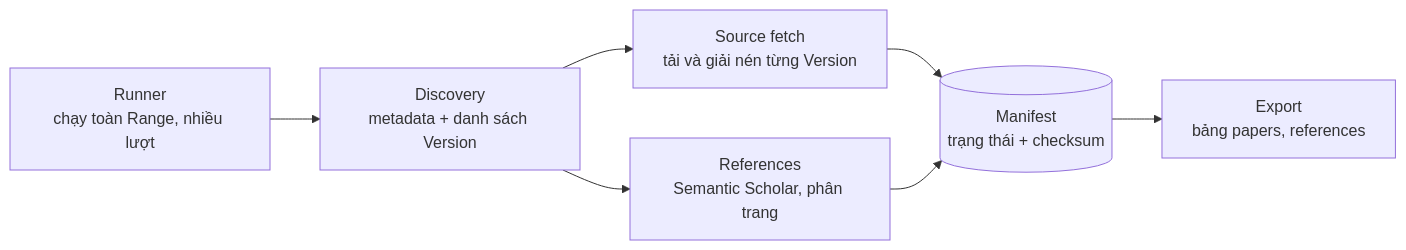
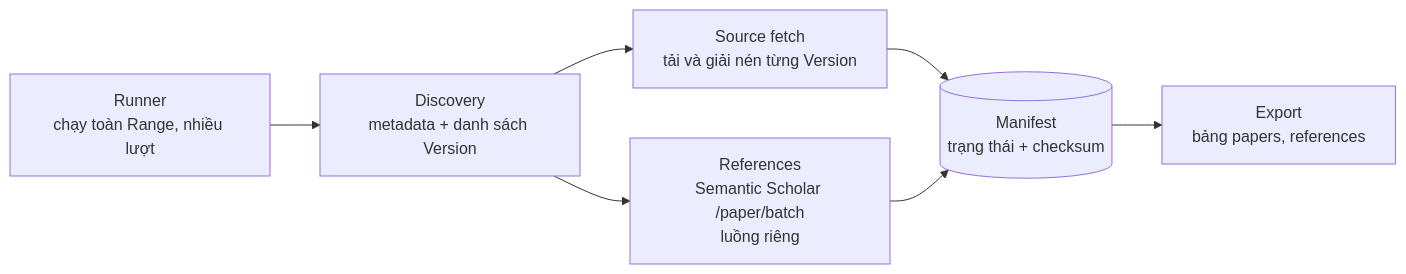
Before and after one commit to hcmus-arxiv-reference/Jupyter-Notebook-report-for-mile1: the diagram in m1/01-phuong-phap.md, drawn with Mermaid. The commit also changed other lines of this file and 1 other file, not shown here.

First line of the commit message:
docs(m1): trang Phương pháp mô tả đúng Engine đã chạy (snapshot, /paper/batch)

````diff
--- a/m1/01-phuong-phap.md
+++ b/m1/01-phuong-phap.md
@@ -48,9 +75,9 @@
 ```{mermaid}
 flowchart LR
   R[Runner<br/>chạy toàn Range, nhiều lượt] --> D[Discovery<br/>metadata + danh sách Version]
   D --> S[Source fetch<br/>tải và giải nén từng Version]
-  D --> F[References<br/>Semantic Scholar, phân trang]
+  D --> F[References<br/>Semantic Scholar /paper/batch<br/>luồng riêng]
   S --> M[(Manifest<br/>trạng thái + checksum)]
   F --> M
   M --> E[Export<br/>bảng papers, references]
 ```
````
